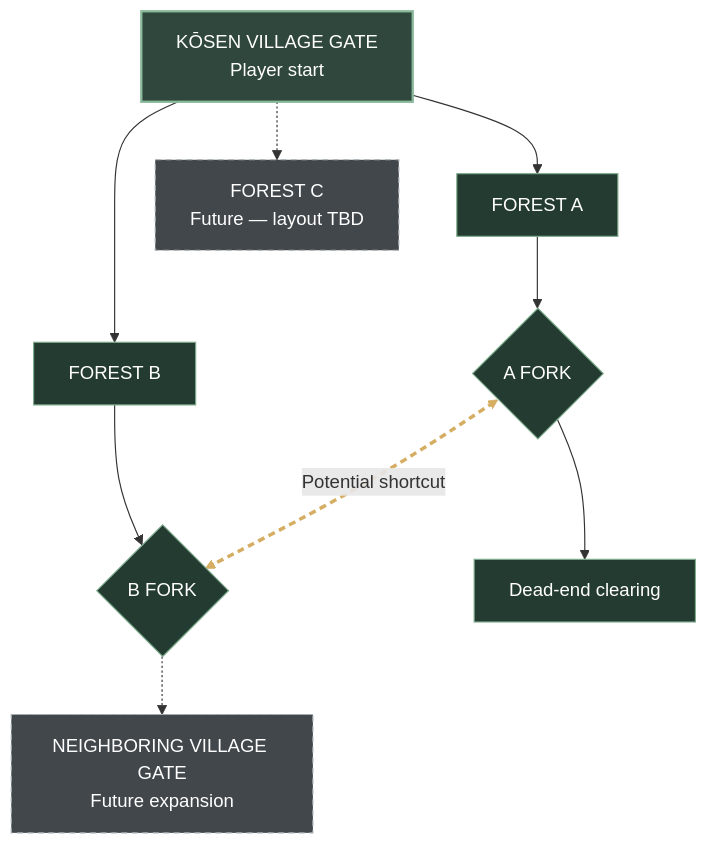
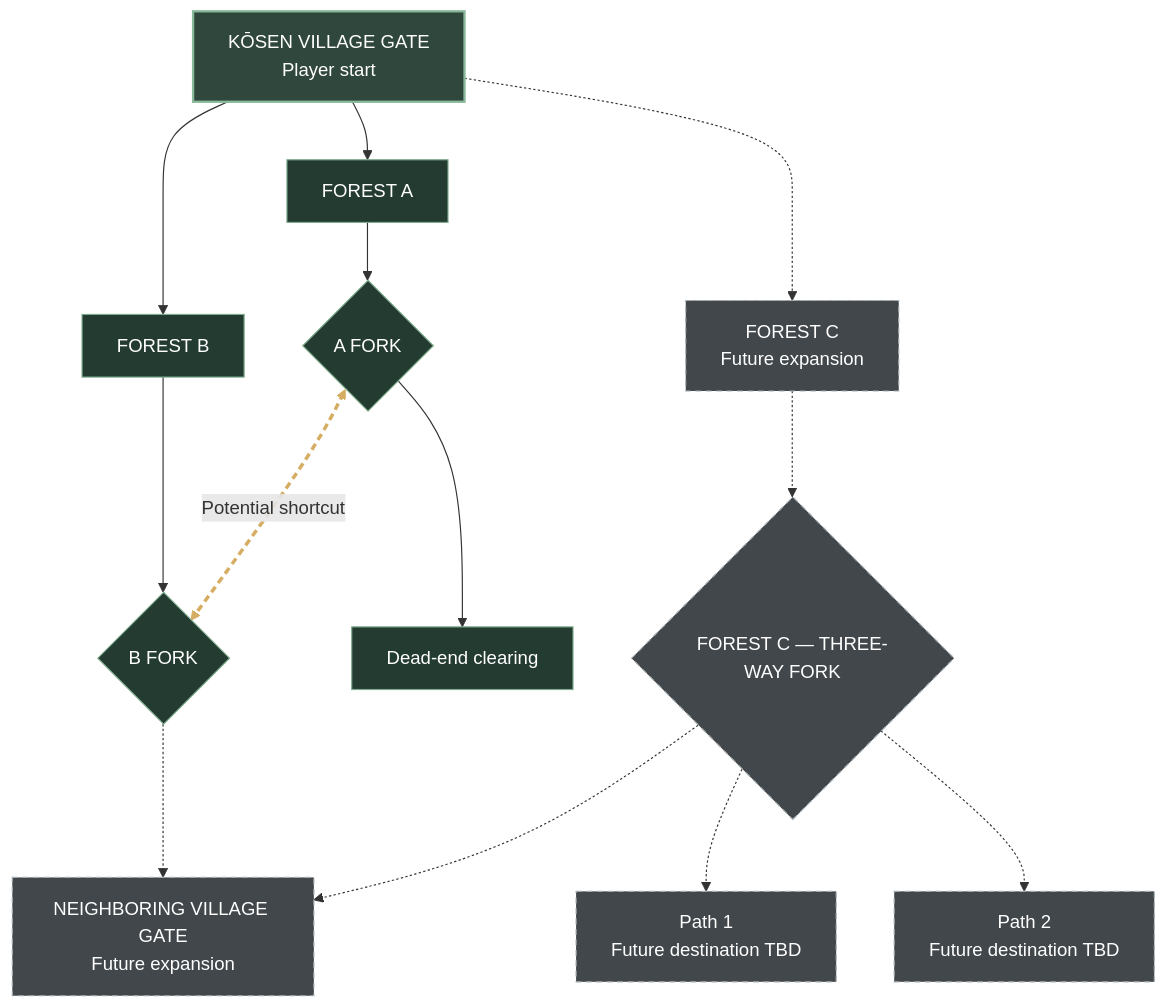
One commit to kiotdstudios/shinobi-rush changed the diagram in world/maps/FULL_WORLD_MAP.md. Above: the diagram before and after it, drawn with Mermaid. The commit also changed other lines of this file, not shown here.

Commit message:
Add Forest C three-way branch with neighboring village connection

````diff
--- a/world/maps/FULL_WORLD_MAP.md
+++ b/world/maps/FULL_WORLD_MAP.md
@@ -5,20 +5,24 @@
 ```mermaid
 flowchart TB
     G["KŌSEN VILLAGE GATE<br/>Player start"]
     G --> A["FOREST A"]
     G --> B["FOREST B"]
-    G -.-> C["FOREST C<br/>Future — layout TBD"]
+    G -.-> C["FOREST C<br/>Future expansion"]
     A --> AF{"A FORK"}
     B --> BF{"B FORK"}
     AF --> D["Dead-end clearing"]
     AF <-.->|"Potential shortcut"| BF
     BF -.-> N["NEIGHBORING VILLAGE GATE<br/>Future expansion"]
+    C -.-> CF{"FOREST C — THREE-WAY FORK"}
+    CF -.-> C1["Path 1<br/>Future destination TBD"]
+    CF -.-> C2["Path 2<br/>Future destination TBD"]
+    CF -.-> N
 
     classDef start fill:#30473d,color:#fff,stroke:#89b99a,stroke-width:2px;
     classDef mvp fill:#243b32,color:#fff,stroke:#7dab8c;
     classDef future fill:#41474b,color:#fff,stroke:#a7aeb2,stroke-dasharray:5 4;
     class G start;
     class A,B,AF,BF,D mvp;
-    class C,N future;
+    class C,CF,C1,C2,N future;
     linkStyle 6 stroke:#d6ae63,stroke-width:3px,stroke-dasharray:6 4;
 ```
````
